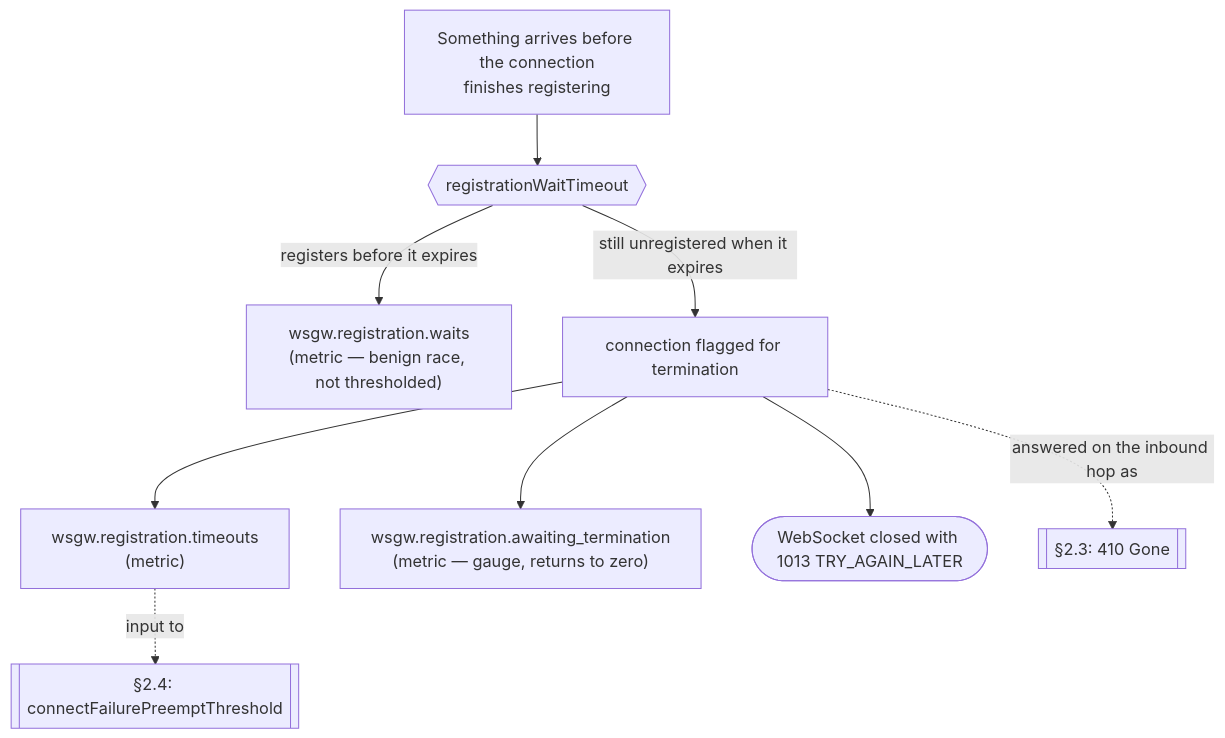
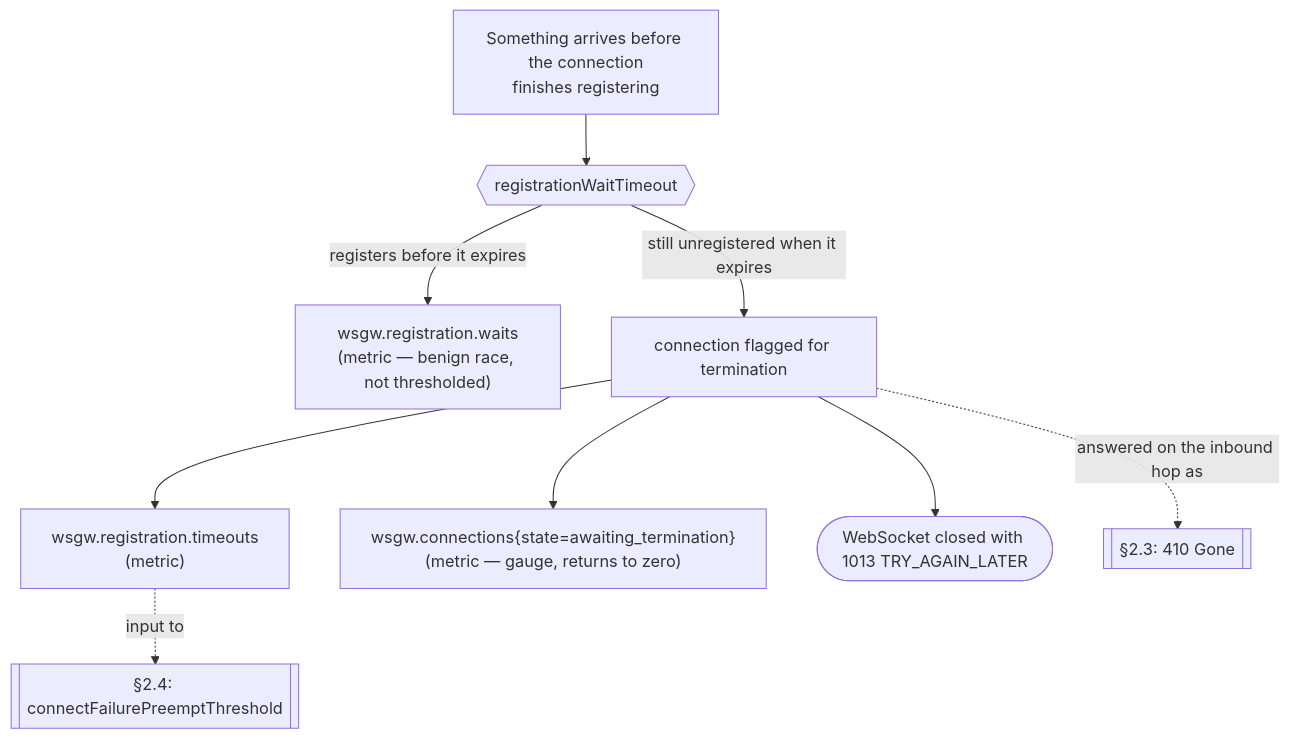
One commit to pdkovacs/wsgw-jakarta changed the first of 4 diagrams in docs/backpressure.md. Above: the diagram before and after it, drawn with Mermaid. The commit also changed other lines of this file and 14 other files, not shown here.

````diff
--- a/docs/backpressure.md
+++ b/docs/backpressure.md
@@ -252,12 +277,12 @@
 ```mermaid
 flowchart TD
     R0["Something arrives before the connection\nfinishes registering"]
     R0 --> KnobReg{{"registrationWaitTimeout"}}
     KnobReg -->|"registers before it expires"| RaceOK["wsgw.registration.waits\n(metric — benign race, not thresholded)"]
     KnobReg -->|"still unregistered when it expires"| FlagForTermination["connection flagged for termination"]
     FlagForTermination --> MetricTerm["wsgw.registration.timeouts\n(metric)"]
-    FlagForTermination --> MetricAband["wsgw.registration.awaiting_termination\n(metric — gauge, returns to zero)"]
+    FlagForTermination --> MetricAband["wsgw.connections{state=awaiting_termination}\n(metric — gauge, returns to zero)"]
     FlagForTermination --> Close(["WebSocket closed with 1013 TRY_AGAIN_LATER"])
     MetricTerm -.->|"input to"| Ext1[["§2.4: connectFailurePreemptThreshold"]]
     FlagForTermination -.->|"answered on the inbound hop as"| Ext2[["§2.3: 410 Gone"]]
 ```
````
